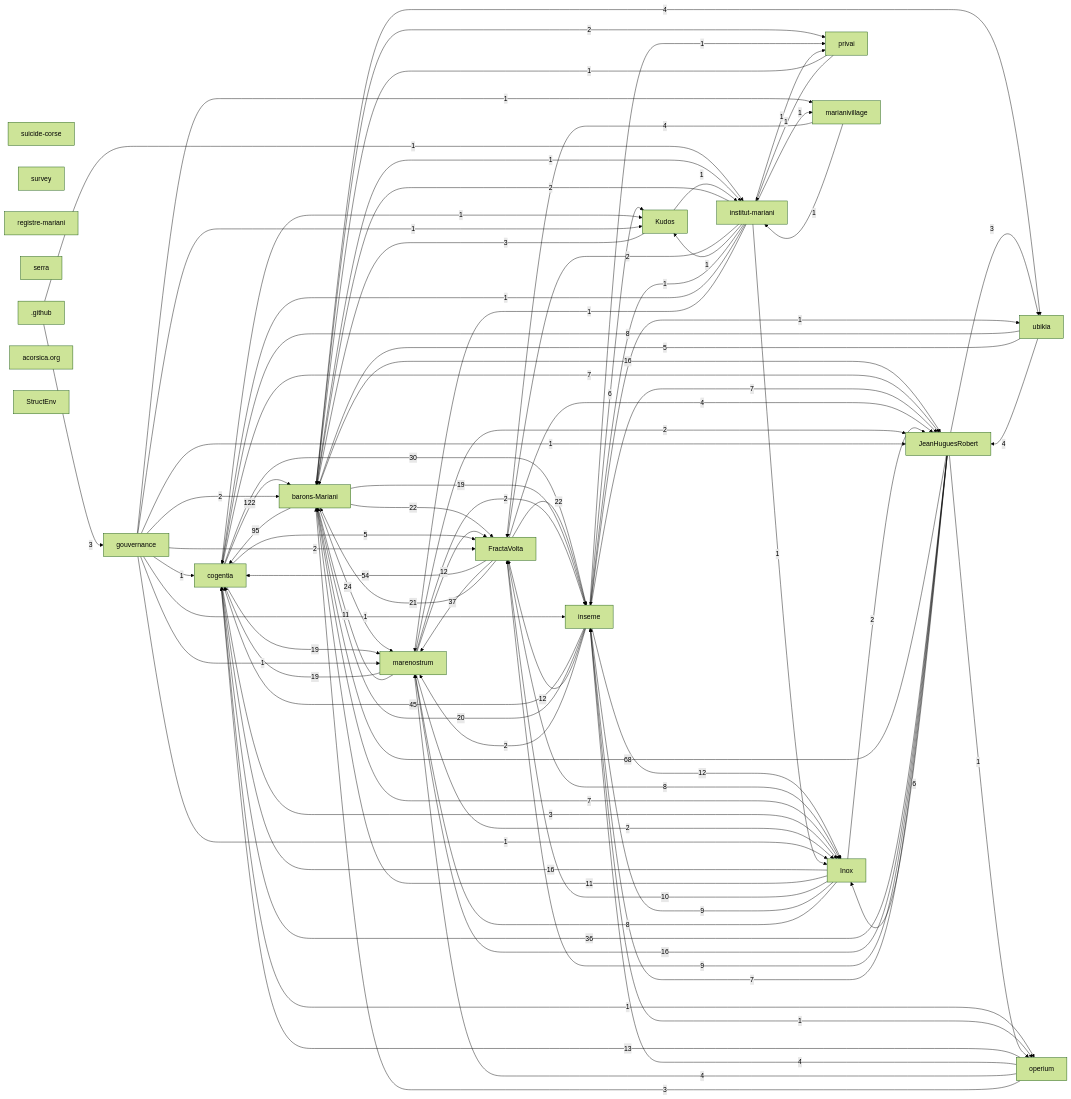
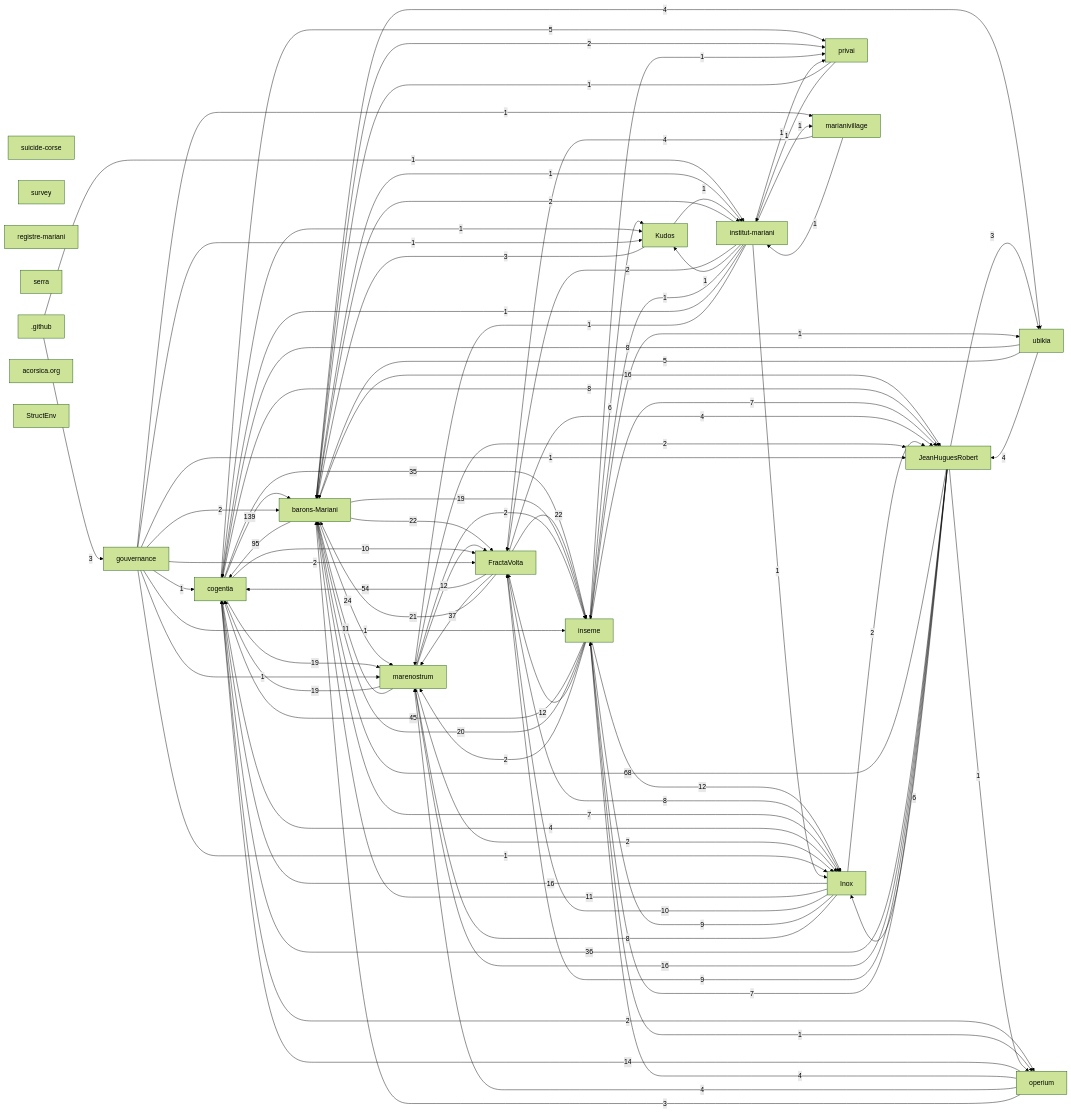
Before and after one commit to JeanHuguesRobert/cogentia: the first of 2 diagrams in research/corpus-status.md, drawn with Mermaid (forest theme). The commit also changed other lines of this file, not shown here.

Commit message:
Refresh corpus status projection

```diff
--- a/research/corpus-status.md
+++ b/research/corpus-status.md
@@ -88,14 +88,14 @@
   r_github[".github"]
   r_acorsica_org["acorsica.org"]
   r_structenv["StructEnv"]
-  r_cogentia -->|122| r_barons_mariani
+  r_cogentia -->|139| r_barons_mariani
   r_barons_mariani -->|95| r_cogentia
   r_jeanhuguesrobert -->|68| r_barons_mariani
   r_fractavolta -->|54| r_cogentia
   r_inseme -->|45| r_cogentia
   r_fractavolta -->|37| r_marenostrum
   r_jeanhuguesrobert -->|36| r_cogentia
-  r_cogentia -->|30| r_inseme
+  r_cogentia -->|35| r_inseme
   r_barons_mariani -->|24| r_marenostrum
   r_barons_mariani -->|22| r_fractavolta
   r_fractavolta -->|22| r_inseme
@@ -107,38 +107,40 @@
   r_barons_mariani -->|16| r_jeanhuguesrobert
   r_inox -->|16| r_cogentia
   r_jeanhuguesrobert -->|16| r_marenostrum
-  r_operium -->|13| r_cogentia
+  r_operium -->|14| r_cogentia
   r_inseme -->|12| r_fractavolta
   r_inseme -->|12| r_inox
   r_marenostrum -->|12| r_fractavolta
   r_inox -->|11| r_barons_mariani
   r_marenostrum -->|11| r_barons_mariani
+  r_cogentia -->|10| r_fractavolta
   r_inox -->|10| r_fractavolta
   r_inox -->|9| r_inseme
   r_jeanhuguesrobert -->|9| r_fractavolta
+  r_cogentia -->|8| r_jeanhuguesrobert
   r_fractavolta -->|8| r_inox
   r_inox -->|8| r_marenostrum
   r_ubikia -->|8| r_cogentia
   r_barons_mariani -->|7| r_inox
-  r_cogentia -->|7| r_jeanhuguesrobert
   r_inseme -->|7| r_jeanhuguesrobert
   r_jeanhuguesrobert -->|7| r_inseme
   r_inseme -->|6| r_kudos
   r_jeanhuguesrobert -->|6| r_inox
-  r_cogentia -->|5| r_fractavolta
+  r_cogentia -->|5| r_privai
   r_ubikia -->|5| r_barons_mariani
   r_barons_mariani -->|4| r_ubikia
+  r_cogentia -->|4| r_inox
   r_fractavolta -->|4| r_jeanhuguesrobert
   r_marianivillage -->|4| r_fractavolta
   r_operium -->|4| r_inseme
   r_operium -->|4| r_marenostrum
   r_ubikia -->|4| r_jeanhuguesrobert
   r_github -->|3| r_gouvernance
-  r_cogentia -->|3| r_inox
   r_jeanhuguesrobert -->|3| r_ubikia
   r_kudos -->|3| r_barons_mariani
   r_operium -->|3| r_barons_mariani
   r_barons_mariani -->|2| r_privai
+  r_cogentia -->|2| r_operium
   r_gouvernance -->|2| r_barons_mariani
   r_gouvernance -->|2| r_fractavolta
   r_inox -->|2| r_jeanhuguesrobert
@@ -150,7 +152,6 @@
   r_marenostrum -->|2| r_inox
   r_github -->|1| r_institut_mariani
   r_barons_mariani -->|1| r_institut_mariani
-  r_cogentia -->|1| r_operium
   r_cogentia -->|1| r_kudos
   r_gouvernance -->|1| r_jeanhuguesrobert
   r_gouvernance -->|1| r_cogentia
```
